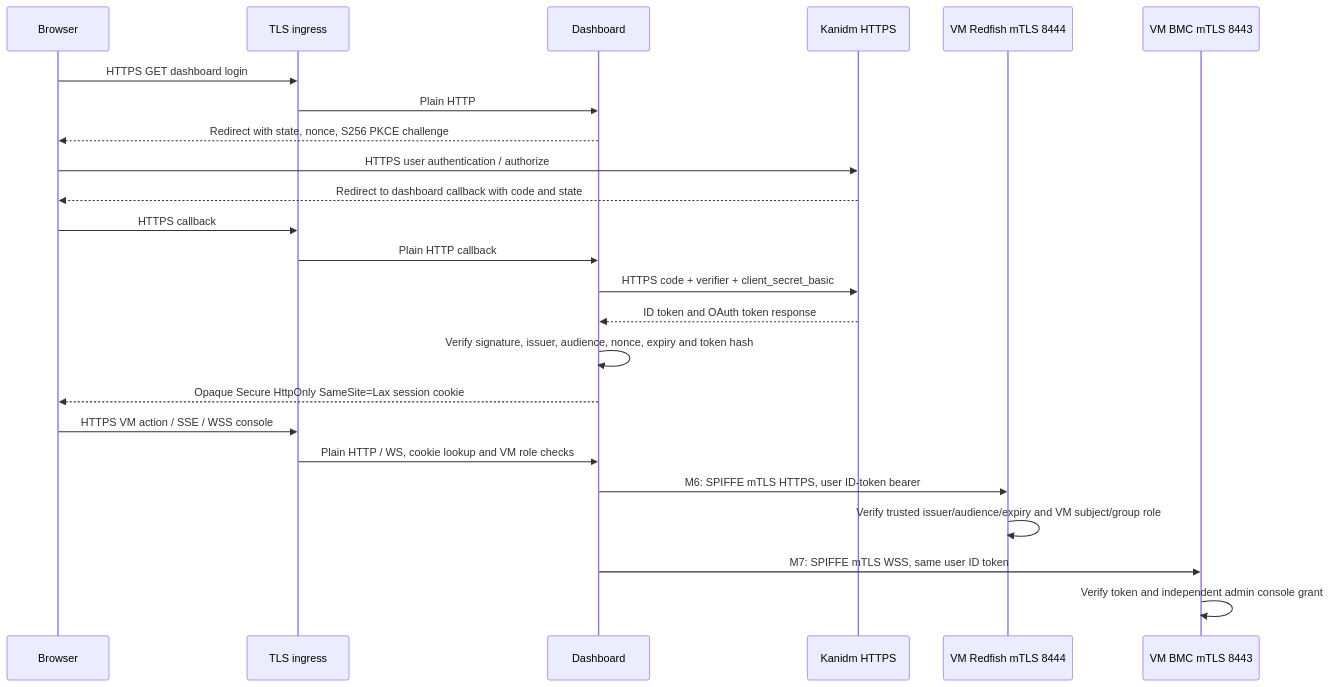
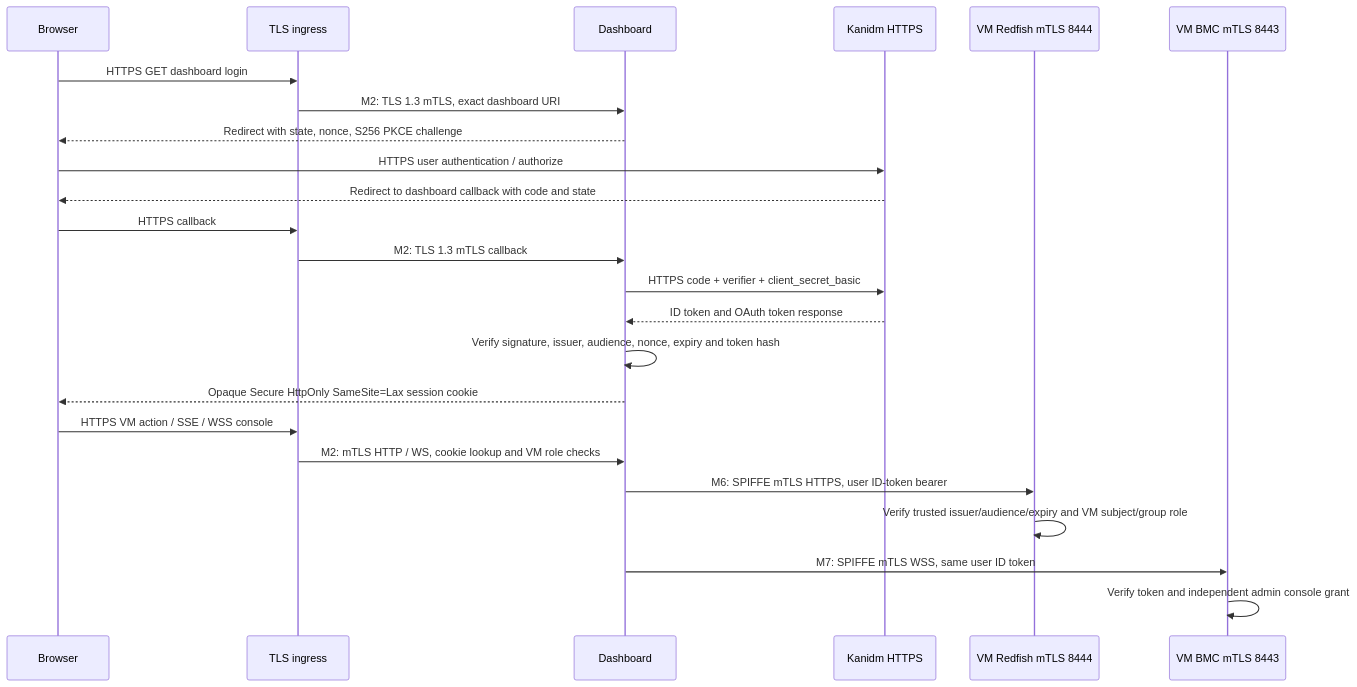
One commit to SamYaple/qrab changed the second of 2 diagrams in docs/connections/identity.md. Above: the diagram before and after it, drawn with Mermaid. The commit also changed other lines of this file and 6 other files, not shown here.

````diff
--- a/docs/connections/identity.md
+++ b/docs/connections/identity.md
@@ -124,26 +125,26 @@
 ```mermaid
 sequenceDiagram
     participant B as Browser
     participant E as TLS ingress
     participant D as Dashboard
     participant K as Kanidm HTTPS
     participant R as VM Redfish mTLS 8444
     participant C as VM BMC mTLS 8443
     B->>E: HTTPS GET dashboard login
-    E->>D: Plain HTTP
+    E->>D: M2: TLS 1.3 mTLS, exact dashboard URI
     D-->>B: Redirect with state, nonce, S256 PKCE challenge
     B->>K: HTTPS user authentication / authorize
     K-->>B: Redirect to dashboard callback with code and state
     B->>E: HTTPS callback
-    E->>D: Plain HTTP callback
+    E->>D: M2: TLS 1.3 mTLS callback
     D->>K: HTTPS code + verifier + client_secret_basic
     K-->>D: ID token and OAuth token response
     D->>D: Verify signature, issuer, audience, nonce, expiry and token hash
     D-->>B: Opaque Secure HttpOnly SameSite=Lax session cookie
     B->>E: HTTPS VM action / SSE / WSS console
-    E->>D: Plain HTTP / WS, cookie lookup and VM role checks
+    E->>D: M2: mTLS HTTP / WS, cookie lookup and VM role checks
     D->>R: M6: SPIFFE mTLS HTTPS, user ID-token bearer
     R->>R: Verify trusted issuer/audience/expiry and VM subject/group role
     D->>C: M7: SPIFFE mTLS WSS, same user ID token
     C->>C: Verify token and independent admin console grant
 ```
````
